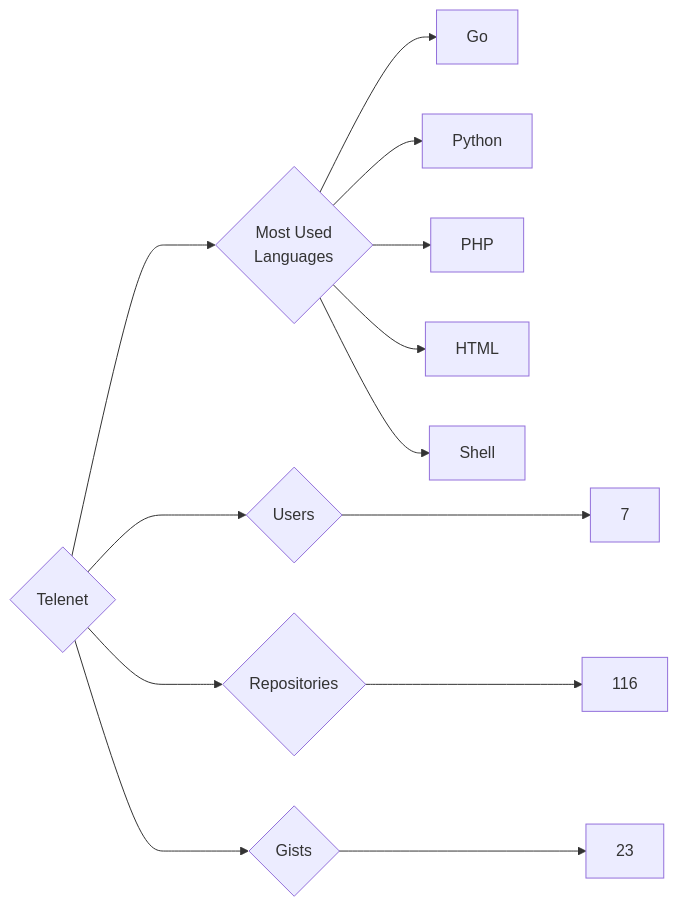
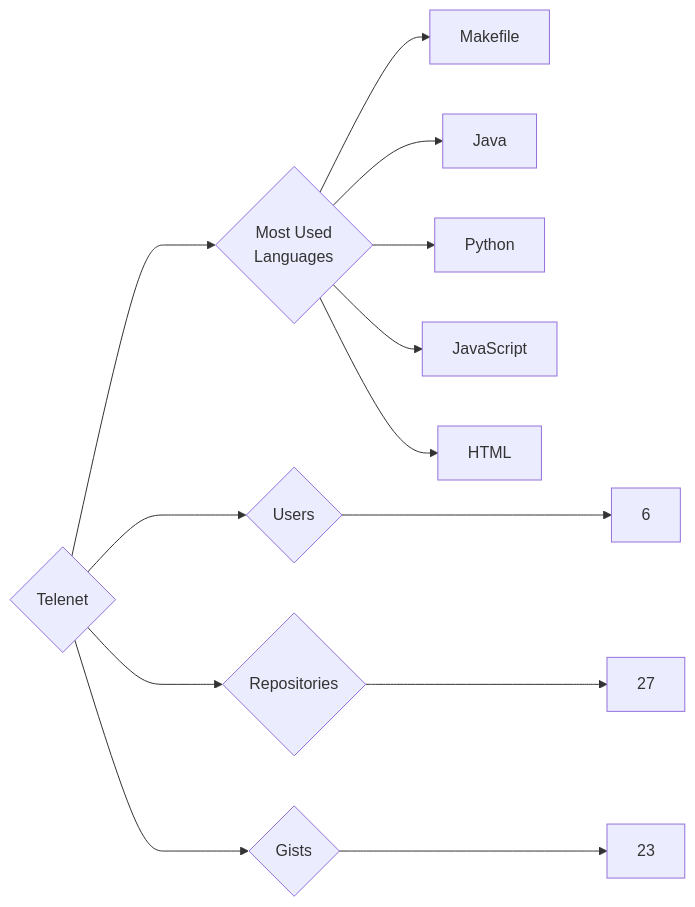
The diagram in targets/Telenet/README.md (trickest/insiders), drawn with Mermaid before and after one commit. The commit also changed 1248 other files, not shown here.

````diff
--- a/targets/Telenet/README.md
+++ b/targets/Telenet/README.md
@@ -3,13 +3,13 @@
 ```mermaid
 graph LR
 COMPANY_NAME{Telenet}
-COMPANY_NAME ---> U{Users} ---> UN[7]
-COMPANY_NAME ---> R{Repositories} ---> RN[116]
+COMPANY_NAME ---> U{Users} ---> UN[6]
+COMPANY_NAME ---> R{Repositories} ---> RN[27]
 COMPANY_NAME ---> G{Gists} ---> GN[23]
 COMPANY_NAME ---> ML{Most Used<br>Languages}
-ML --> Go[Go]
+ML --> Makefile[Makefile]
+ML --> Java[Java]
 ML --> Python[Python]
-ML --> PHP[PHP]
+ML --> JavaScript[JavaScript]
 ML --> HTML[HTML]
-ML --> Shell[Shell]
 ```
````
